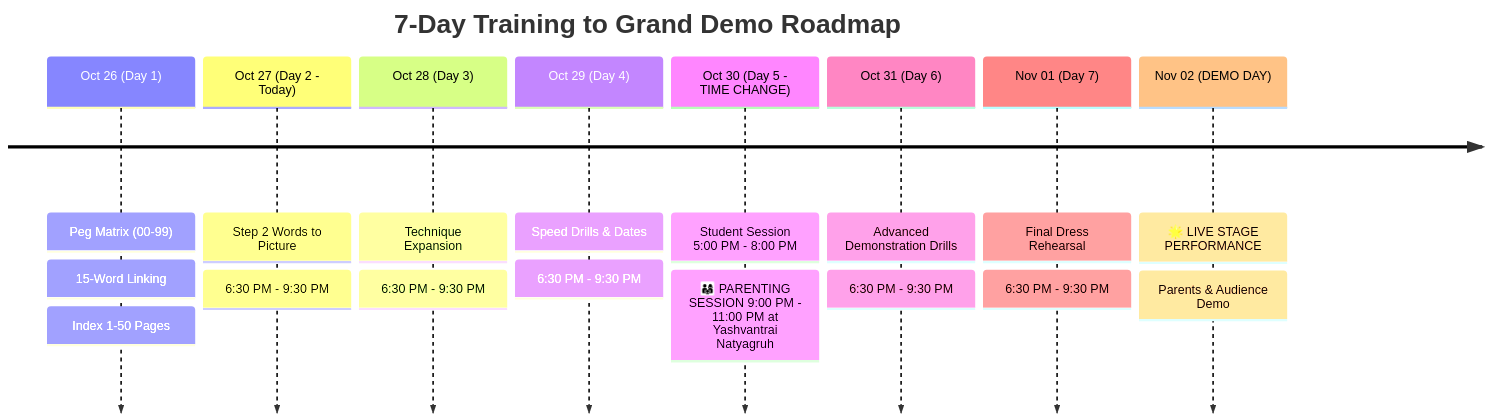
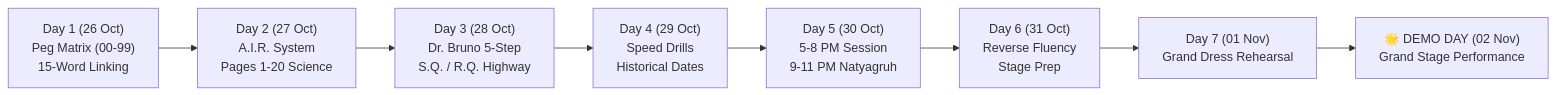
The diagram in source_materials/Pushti Magic Memory/Pushti_Memory_Journey_Dashboard.md (hiraksoni/pushti-study-hub), drawn with Mermaid before and after one commit. The commit also changed other lines of this file and 28 other files, not shown here.

Commit message:
Day 3 update: Dr. Bruno 5-step system, SQ/RQ interactive lab, Science p21-40 addressing & 10 extracted student sample sheets

````diff
--- a/source_materials/Pushti Magic Memory/Pushti_Memory_Journey_Dashboard.md
+++ b/source_materials/Pushti Magic Memory/Pushti_Memory_Journey_Dashboard.md
@@ -21,12 +21,10 @@
 ```mermaid
-timeline
-    title 7-Day Training to Grand Demo Roadmap
-    Oct 26 (Day 1) : Peg Matrix (00-99) : 15-Word Linking : Index 1-50 Pages
-    Oct 27 (Day 2 - Today) : Step 2 Words to Picture : 6:30 PM - 9:30 PM
-    Oct 28 (Day 3) : Technique Expansion : 6:30 PM - 9:30 PM
-    Oct 29 (Day 4) : Speed Drills & Dates : 6:30 PM - 9:30 PM
-    Oct 30 (Day 5 - TIME CHANGE) : Student Session 5:00 PM - 8:00 PM : 👨‍👩‍👧 PARENTING SESSION 9:00 PM - 11:00 PM at Yashvantrai Natyagruh
-    Oct 31 (Day 6) : Advanced Demonstration Drills : 6:30 PM - 9:30 PM
-    Nov 01 (Day 7) : Final Dress Rehearsal : 6:30 PM - 9:30 PM
-    Nov 02 (DEMO DAY) : 🌟 LIVE STAGE PERFORMANCE : Parents & Audience Demo
+flowchart LR
+    D1["Day 1 (26 Oct)<br>Peg Matrix (00-99)<br>15-Word Linking"] --> D2["Day 2 (27 Oct)<br>A.I.R. System<br>Pages 1-20 Science"]
+    D2 --> D3["Day 3 (28 Oct)<br>Dr. Bruno 5-Step<br>S.Q. / R.Q. Highway"]
+    D3 --> D4["Day 4 (29 Oct)<br>Speed Drills<br>Historical Dates"]
+    D4 --> D5["Day 5 (30 Oct)<br>5-8 PM Session<br>9-11 PM Natyagruh"]
+    D5 --> D6["Day 6 (31 Oct)<br>Reverse Fluency<br>Stage Prep"]
+    D6 --> D7["Day 7 (01 Nov)<br>Grand Dress Rehearsal"]
+    D7 --> DEMO["🌟 DEMO DAY (02 Nov)<br>Grand Stage Performance"]
 ```
````
